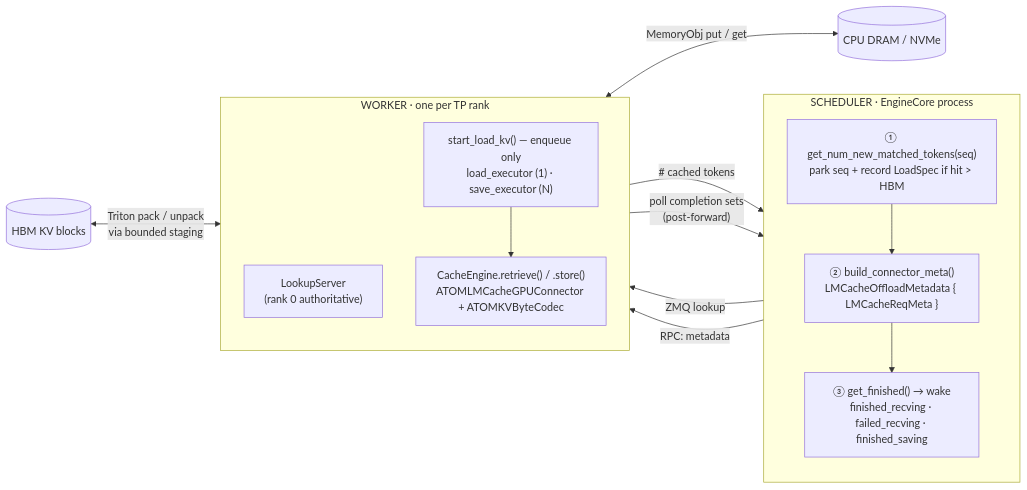
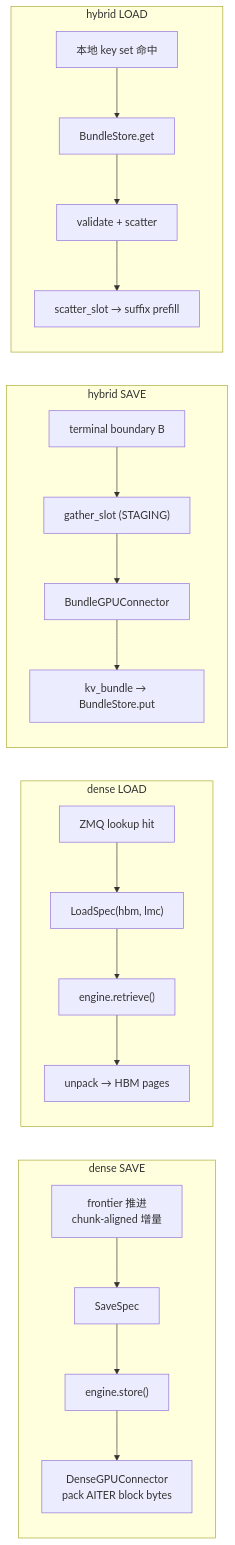
The second of 5 diagrams in atom/kv_transfer/offload/README.md (ROCm/ATOM), drawn with Mermaid before and after one commit. The commit also changed other lines of this file and 38 other files, not shown here.

First line of the commit message:
[Feature] Split KV offload into dense/ + hybrid/ backends over shared base

````diff
--- a/atom/kv_transfer/offload/README.md
+++ b/atom/kv_transfer/offload/README.md
@@ -60,28 +157,18 @@
 ```mermaid
 flowchart LR
-    subgraph SCHED["SCHEDULER · EngineCore process"]
-        direction TB
-        S1["① get_num_new_matched_tokens(seq)<br/>park seq + record LoadSpec if hit &gt; HBM"]
-        S2["② build_connector_meta()<br/>LMCacheOffloadMetadata { LMCacheReqMeta }"]
-        S3["③ get_finished() → wake<br/>finished_recving · failed_recving · finished_saving"]
-        S1 --> S2 --> S3
+    subgraph D_SAVE["dense SAVE"]
+        D1["frontier 推进<br/>chunk-aligned 增量"] --> D2["SaveSpec"] --> D3["engine.store()"] --> D4["DenseGPUConnector<br/>pack AITER block bytes"]
     end
 
-    subgraph WORK["WORKER · one per TP rank"]
-        direction TB
-        LK["LookupServer<br/>(rank 0 authoritative)"]
-        SL["start_load_kv() — enqueue only<br/>load_executor (1) · save_executor (N)"]
-        CE["CacheEngine.retrieve() / .store()<br/>ATOMLMCacheGPUConnector + ATOMKVByteCodec"]
-        SL --> CE
+    subgraph D_LOAD["dense LOAD"]
+        DL1["ZMQ lookup hit"] --> DL2["LoadSpec(hbm, lmc)"] --> DL3["engine.retrieve()"] --> DL4["unpack → HBM pages"]
     end
 
-    TIER[("CPU DRAM / NVMe")]
-    HBM[("HBM KV blocks")]
+    subgraph H_SAVE["hybrid SAVE"]
+        H1["terminal boundary B"] --> H2["gather_slot (STAGING)"] --> H3["BundleGPUConnector"] --> H4["kv_bundle → BundleStore.put"]
+    end
 
-    S1 -- "ZMQ lookup" --> LK
-    LK -- "# cached tokens" --> S1
-    S2 -- "RPC: metadata" --> SL
-    CE -- "poll completion sets<br/>(post-forward)" --> S3
-    HBM <-- "Triton pack / unpack<br/>via bounded staging" --> CE
-    CE <-- "MemoryObj put / get" --> TIER
+    subgraph H_LOAD["hybrid LOAD"]
+        HL1["本地 key set 命中"] --> HL2["BundleStore.get"] --> HL3["validate + scatter"] --> HL4["scatter_slot → suffix prefill"]
+    end
 ```
````
